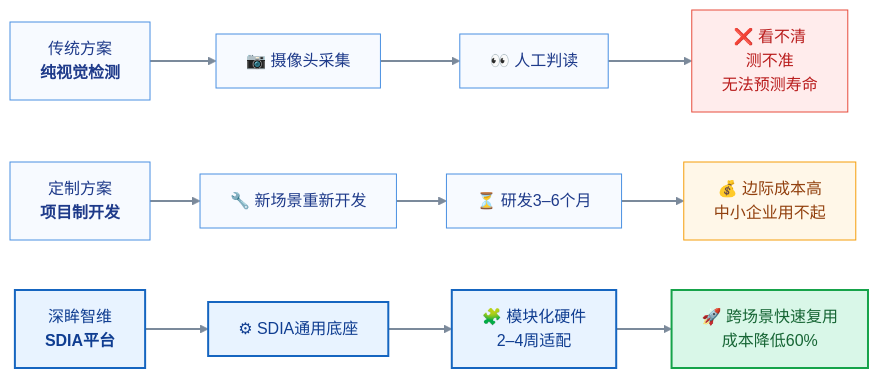
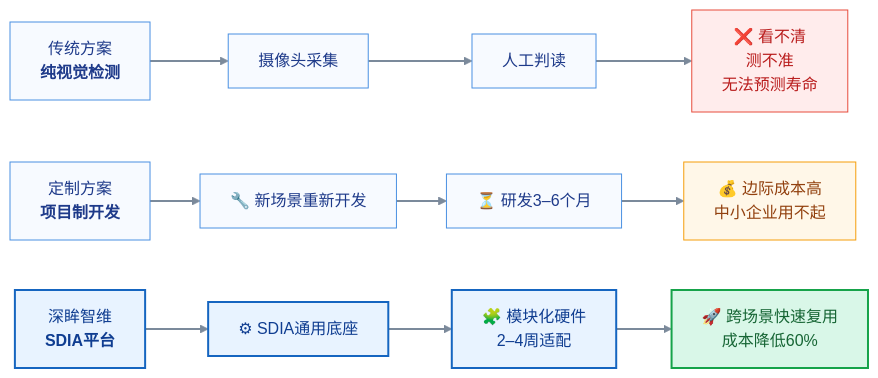
One commit to LGS91/iodraw-files changed the diagram in all/未命名.md. Above: the diagram before and after it, drawn with Mermaid (forest theme).

Commit message:
2026-07-06 11:04:27 update

````diff
--- a/all/未命名.md
+++ b/all/未命名.md
@@ -1,39 +1,39 @@
 ```mermaid
 flowchart LR
 
 %% ================= 第一行 =================
 A["传统方案<br/><b>纯视觉检测</b>"]
---> B["📷 摄像头采集"]
---> C["👀 人工判读"]
+--> B["摄像头采集"]
+--> C["人工判读"]
 --> D["❌ 看不清<br/>测不准<br/>无法预测寿命"]
 
 %% ================= 第二行 =================
 E["定制方案<br/><b>项目制开发</b>"]
 --> F["🔧 新场景重新开发"]
 --> G["⏳ 研发3–6个月"]
 --> H["💰 边际成本高<br/>中小企业用不起"]
 
 %% ================= 第三行 =================
 I["深眸智维<br/><b>SDIA平台</b>"]
 --> J["⚙ SDIA通用底座"]
 --> K["🧩 模块化硬件<br/>2–4周适配"]
 --> L["🚀 跨场景快速复用<br/>成本降低60%"]
 
 %% ================= 配色 =================
 style A fill:#F7FAFF,stroke:#4A90E2,color:#1E3A8A
 style B fill:#F7FAFF,stroke:#4A90E2,color:#1E3A8A
 style C fill:#F7FAFF,stroke:#4A90E2,color:#1E3A8A
 style D fill:#FFECEC,stroke:#E74C3C,color:#B91C1C
 
 style E fill:#F7FAFF,stroke:#4A90E2,color:#1E3A8A
 style F fill:#F7FAFF,stroke:#4A90E2,color:#1E3A8A
 style G fill:#F7FAFF,stroke:#4A90E2,color:#1E3A8A
 style H fill:#FFF7E8,stroke:#F59E0B,color:#92400E
 
 style I fill:#E8F3FF,stroke:#1565C0,stroke-width:2px,color:#0F3D91
 style J fill:#E8F3FF,stroke:#1565C0,stroke-width:2px,color:#0F3D91
 style K fill:#E8F3FF,stroke:#1565C0,stroke-width:2px,color:#0F3D91
 style L fill:#D9F7E8,stroke:#16A34A,stroke-width:2px,color:#166534
 
 linkStyle default stroke:#7B8A9B,stroke-width:2px
 ```
````
